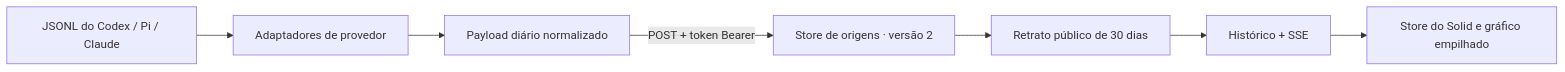
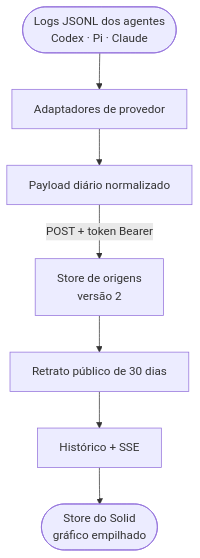
The diagram in web/content/blog/agent-token-usage-as-a-first-class-stat.pt-BR.mdx (ErickCReis/ErickCReis), drawn with Mermaid before and after one commit. The commit also changed 23 other files, not shown here.

Commit message:
Polish Mermaid diagrams across blog posts

````diff
--- a/web/content/blog/agent-token-usage-as-a-first-class-stat.pt-BR.mdx
+++ b/web/content/blog/agent-token-usage-as-a-first-class-stat.pt-BR.mdx
@@ -12,9 +12,9 @@
 ```mermaid center
-flowchart LR
-  Logs["JSONL do Codex / Pi / Claude"] --> Adapters["Adaptadores de provedor"]
+flowchart TB
+  Logs(["Logs JSONL dos agentes<br/>Codex · Pi · Claude"]) --> Adapters["Adaptadores de provedor"]
   Adapters --> Daily["Payload diário normalizado"]
-  Daily -->|"POST + token Bearer"| Store["Store de origens · versão 2"]
+  Daily -->|"POST + token Bearer"| Store["Store de origens<br/>versão 2"]
   Store --> Snapshot["Retrato público de 30 dias"]
   Snapshot --> Transport["Histórico + SSE"]
-  Transport --> Panel["Store do Solid e gráfico empilhado"]
+  Transport --> Panel(["Store do Solid<br/>gráfico empilhado"])
 ```
````
